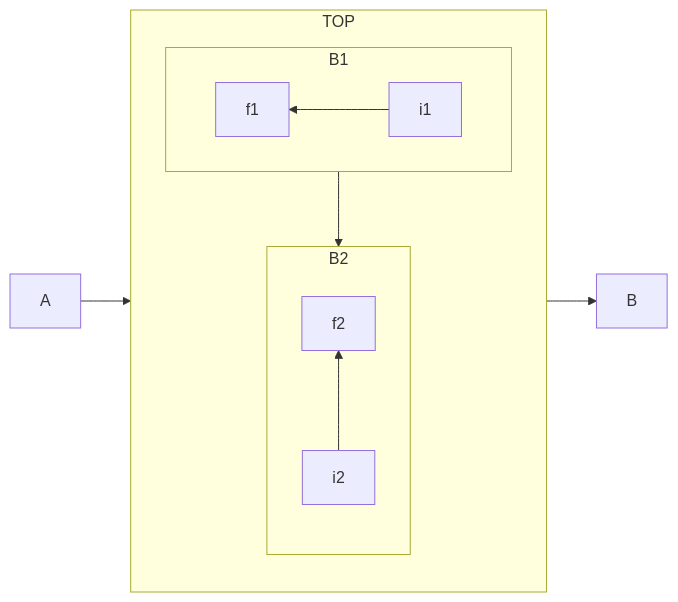
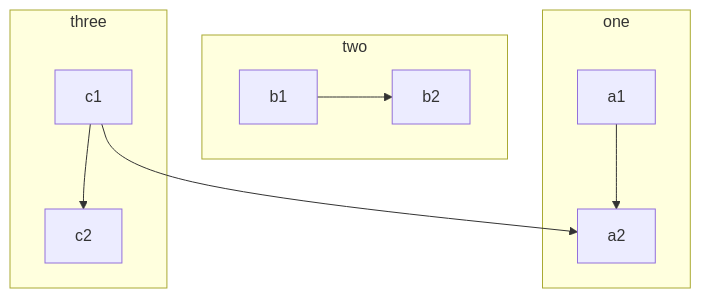
Before and after one commit to shikingram/myblog: the fifth of 5 diagrams in content/posts/blog/hugo_mermaid.md, drawn with Mermaid. The commit also changed other lines of this file, not shown here.

````diff
--- a/content/posts/blog/hugo_mermaid.md
+++ b/content/posts/blog/hugo_mermaid.md
@@ -82,16 +142,13 @@
 ```mermaid
-flowchart LR
-  subgraph TOP
-    direction TB
-    subgraph B1
-        direction RL
-        i1 -->f1
+graph TB
+    c1-->a2
+    subgraph one
+    a1-->a2
     end
-    subgraph B2
-        direction BT
-        i2 -->f2
+    subgraph two
+    b1-->b2
     end
-  end
-  A --> TOP --> B
-  B1 --> B2
+    subgraph three
+    c1-->c2
+    end
 ```
````
